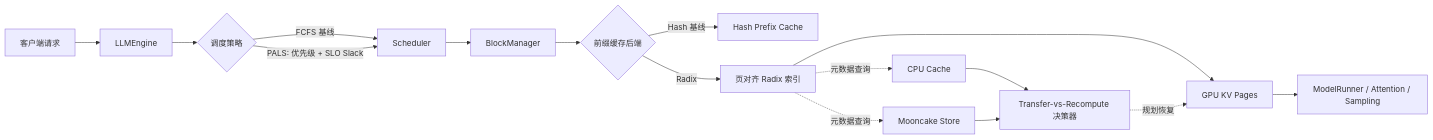
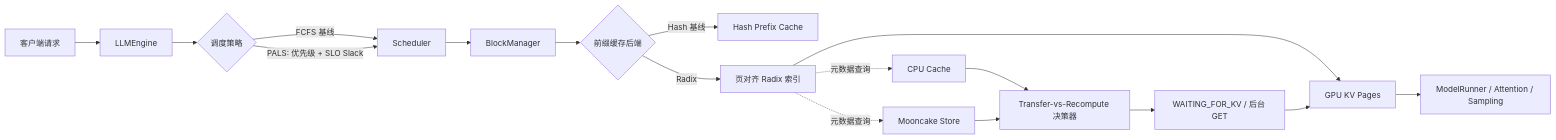
One commit to Xuhang0607/nano-vllm-qos changed the diagram in README_zh-CN.md. Above: the diagram before and after it, drawn with Mermaid. The commit also changed other lines of this file and 13 other files, not shown here.

````diff
--- a/README_zh-CN.md
+++ b/README_zh-CN.md
@@ -42,18 +42,19 @@
 ```mermaid
 flowchart LR
     A[客户端请求] --> B[LLMEngine]
     B --> C{调度策略}
     C -->|FCFS 基线| D[Scheduler]
     C -->|PALS: 优先级 + SLO Slack| D
     D --> E[BlockManager]
     E --> F{前缀缓存后端}
     F -->|Hash 基线| G[Hash Prefix Cache]
     F -->|Radix| H[页对齐 Radix 索引]
     H --> I[GPU KV Pages]
     H -. 元数据查询 .-> J[CPU Cache]
     H -. 元数据查询 .-> K[Mooncake Store]
     J --> L[Transfer-vs-Recompute 决策器]
     K --> L
-    L -. 规划恢复 .-> I
+    L --> N[WAITING_FOR_KV / 后台 GET]
+    N --> I
     I --> M[ModelRunner / Attention / Sampling]
 ```
````
